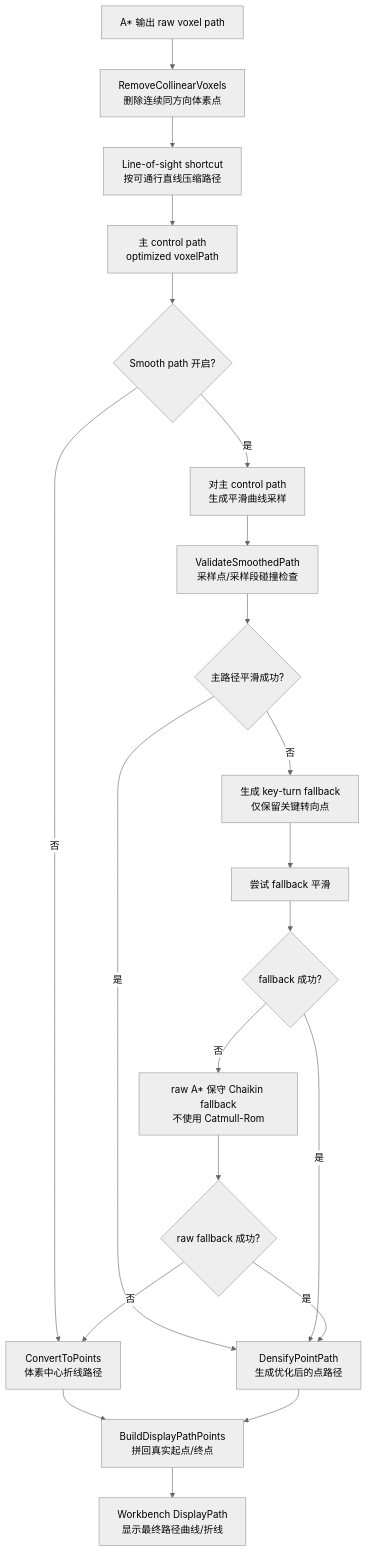
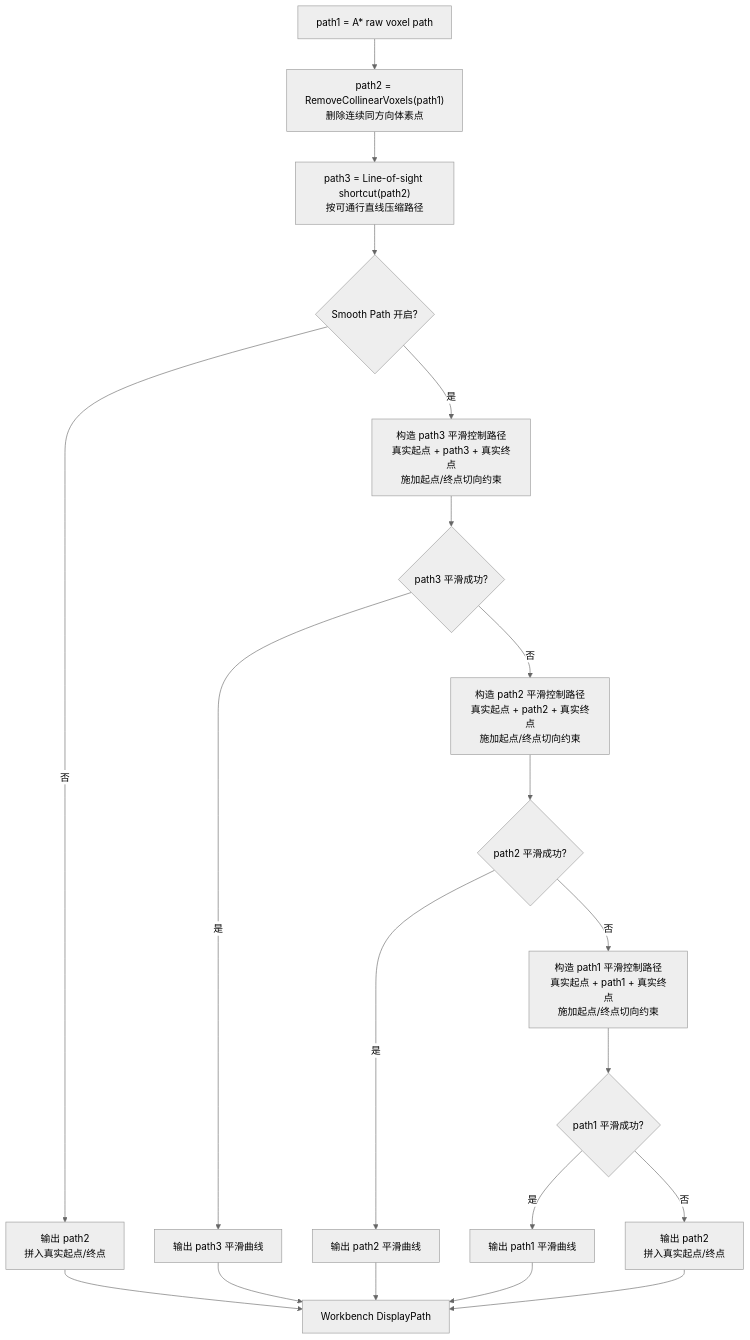
The diagram in doc/PathOptimizationAndSmoothingFlow.md (qzxhsp9/MovementPath), drawn with Mermaid (neutral theme) before and after one commit. The commit also changed other lines of this file and 1 other file, not shown here.

````diff
--- a/doc/PathOptimizationAndSmoothingFlow.md
+++ b/doc/PathOptimizationAndSmoothingFlow.md
@@ -7,23 +7,22 @@
 ```mermaid
 flowchart TD
-    A["A* 输出 raw voxel path"] --> B["RemoveCollinearVoxels<br/>删除连续同方向体素点"]
-    B --> C["Line-of-sight shortcut<br/>按可通行直线压缩路径"]
-    C --> D["主 control path<br/>optimized voxelPath"]
-    D --> E{"Smooth path 开启?"}
-    E -- "否" --> F["ConvertToPoints<br/>体素中心折线路径"]
-    E -- "是" --> G["对主 control path<br/>生成平滑曲线采样"]
-    G --> H["ValidateSmoothedPath<br/>采样点/采样段碰撞检查"]
-    H --> I{"主路径平滑成功?"}
-    I -- "是" --> K["DensifyPointPath<br/>生成优化后的点路径"]
-    I -- "否" --> J["生成 key-turn fallback<br/>仅保留关键转向点"]
-    J --> N["尝试 fallback 平滑"]
-    N --> O{"fallback 成功?"}
-    O -- "是" --> K
-    O -- "否" --> P["raw A* 保守 Chaikin fallback<br/>不使用 Catmull-Rom"]
-    P --> Q{"raw fallback 成功?"}
-    Q -- "是" --> K
-    Q -- "否" --> F
-    F --> L["BuildDisplayPathPoints<br/>拼回真实起点/终点"]
-    K --> L
-    L --> M["Workbench DisplayPath<br/>显示最终路径曲线/折线"]
+    A["path1 = A* raw voxel path"] --> B["path2 = RemoveCollinearVoxels(path1)<br/>删除连续同方向体素点"]
+    B --> C["path3 = Line-of-sight shortcut(path2)<br/>按可通行直线压缩路径"]
+    C --> D{"Smooth Path 开启?"}
+    D -- "否" --> E["输出 path2<br/>拼入真实起点/终点"]
+    D -- "是" --> F["构造 path3 平滑控制路径<br/>真实起点 + path3 + 真实终点<br/>施加起点/终点切向约束"]
+    F --> G{"path3 平滑成功?"}
+    G -- "是" --> H["输出 path3 平滑曲线"]
+    G -- "否" --> I["构造 path2 平滑控制路径<br/>真实起点 + path2 + 真实终点<br/>施加起点/终点切向约束"]
+    I --> J{"path2 平滑成功?"}
+    J -- "是" --> K["输出 path2 平滑曲线"]
+    J -- "否" --> L["构造 path1 平滑控制路径<br/>真实起点 + path1 + 真实终点<br/>施加起点/终点切向约束"]
+    L --> M{"path1 平滑成功?"}
+    M -- "是" --> N["输出 path1 平滑曲线"]
+    M -- "否" --> O["输出 path2<br/>拼入真实起点/终点"]
+    E --> P["Workbench DisplayPath"]
+    H --> P
+    K --> P
+    N --> P
+    O --> P
 ```
````
